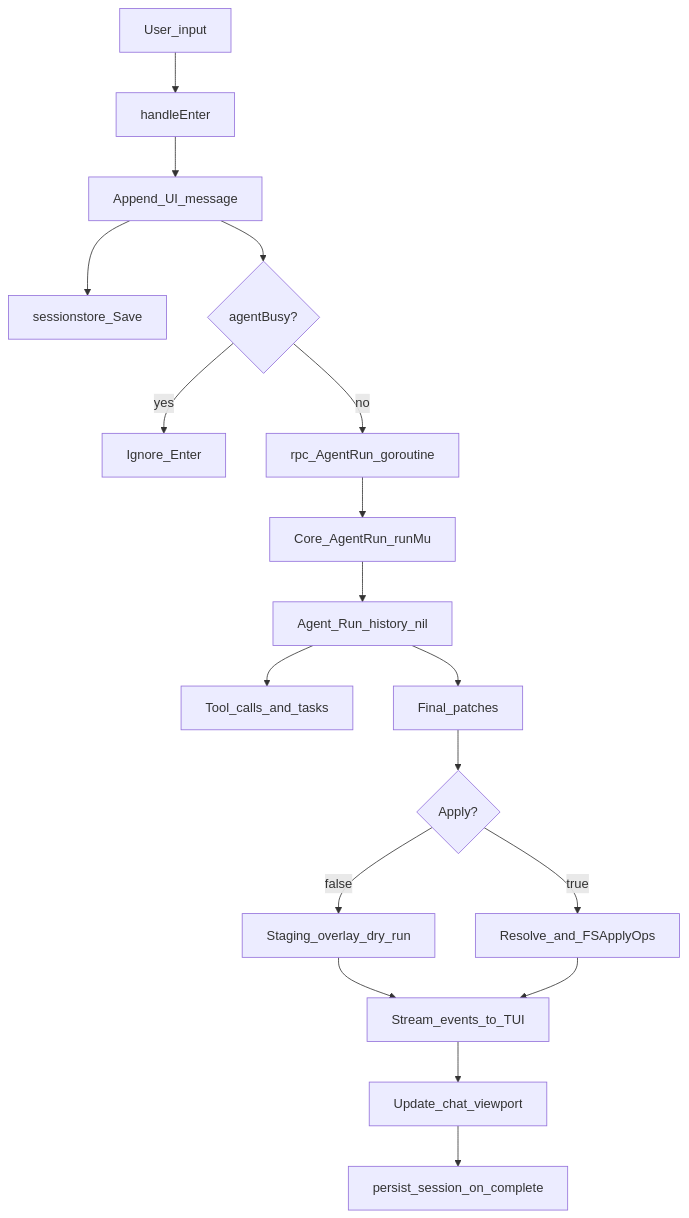
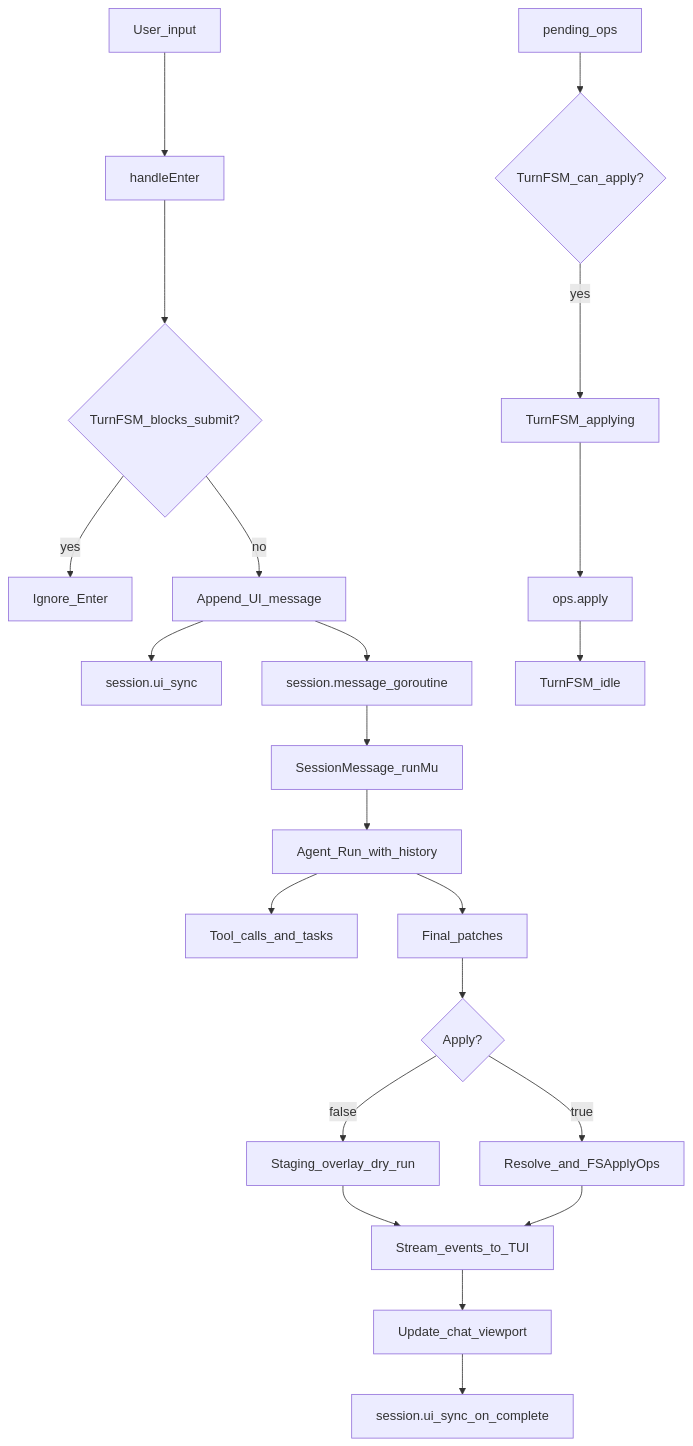
Before and after one commit to GreyKxtx/Orchestra: the second of 2 diagrams in docs/architecture/tui-pipeline.md, drawn with Mermaid. The commit also changed other lines of this file and 36 other files, not shown here.

First line of the commit message:
feat(tui): unified session v2, TurnFSM, and runMu hardening (M2-M4)

````diff
--- a/docs/architecture/tui-pipeline.md
+++ b/docs/architecture/tui-pipeline.md
@@ -61,20 +62,24 @@
 ```mermaid
 flowchart TD
   input[User_input] --> handleEnter
-  handleEnter --> uiAppend[Append_UI_message]
-  uiAppend --> persistUI[sessionstore_Save]
-  uiAppend --> agentBusy{agentBusy?}
-  agentBusy -->|yes| drop[Ignore_Enter]
-  agentBusy -->|no| rpcRun[rpc_AgentRun_goroutine]
-  rpcRun --> coreRun[Core_AgentRun_runMu]
-  coreRun --> agentLoop[Agent_Run_history_nil]
+  handleEnter --> turnGate{TurnFSM_blocks_submit?}
+  turnGate -->|yes| drop[Ignore_Enter]
+  turnGate -->|no| uiAppend[Append_UI_message]
+  uiAppend --> uiSync[session.ui_sync]
+  uiAppend --> rpcRun[session.message_goroutine]
+  rpcRun --> coreRun[SessionMessage_runMu]
+  coreRun --> agentLoop[Agent_Run_with_history]
   agentLoop --> tools[Tool_calls_and_tasks]
   agentLoop --> final[Final_patches]
   final --> dryOrApply{Apply?}
   dryOrApply -->|false| staging[Staging_overlay_dry_run]
   dryOrApply -->|true| writeDisk[Resolve_and_FSApplyOps]
   staging --> events[Stream_events_to_TUI]
   writeDisk --> events
   events --> render[Update_chat_viewport]
-  render --> persistDone[persist_session_on_complete]
+  render --> persistDone[session.ui_sync_on_complete]
+  pendingOps[pending_ops] --> applyGate{TurnFSM_can_apply?}
+  applyGate -->|yes| applying[TurnFSM_applying]
+  applying --> opsApply[ops.apply]
+  opsApply --> idle[TurnFSM_idle]
 ```
````
